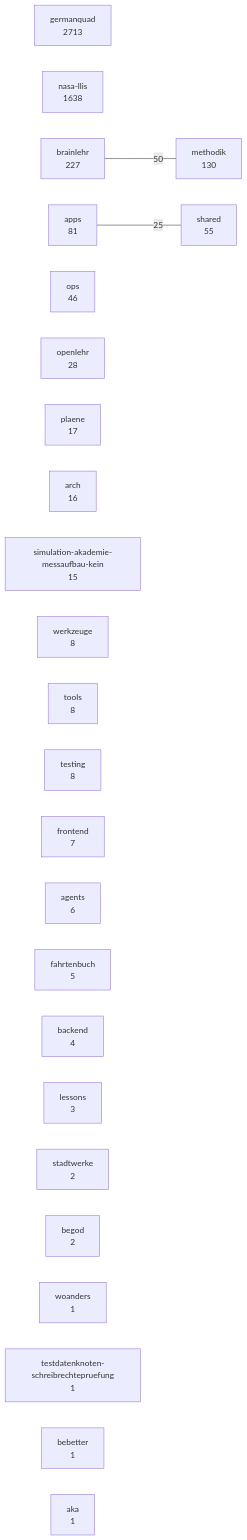
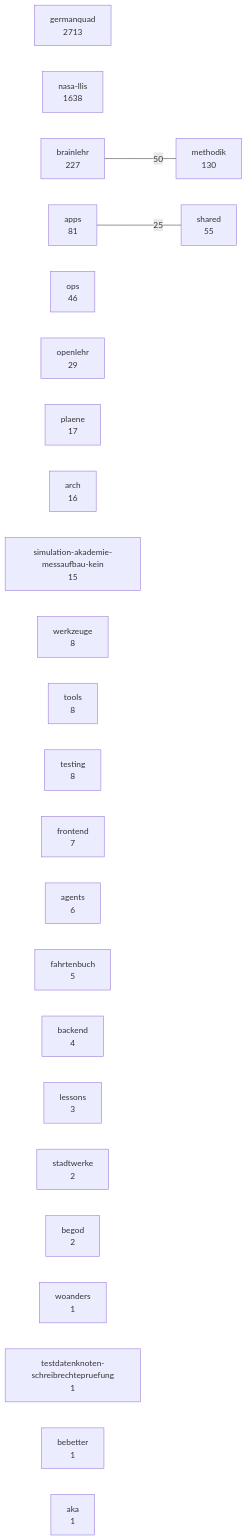
The diagram in docs/karten/bestand.md (3lehr/brainlehr), drawn with Mermaid before and after one commit. The commit also changed 1 other file, not shown here.

Commit message:
chore(karten): Bestandskarte nachgezogen -- Waechter vor dem Push
Zwei Zeilen (je 1 geaendert, git diff --numstat gegengeprueft), erzeugte
Artefakte, kein Produktivcode.
Plan: docs/PLAN_OPENLEHR_EINZELUNTERNEHMER_2026-08-16.md

````diff
--- a/docs/karten/bestand.md
+++ b/docs/karten/bestand.md
@@ -5,30 +5,30 @@
 ```mermaid
 graph LR
   germanquad["germanquad<br/>2713"]
   nasa_llis["nasa-llis<br/>1638"]
   brainlehr["brainlehr<br/>227"]
   methodik["methodik<br/>130"]
   apps["apps<br/>81"]
   shared["shared<br/>55"]
   ops["ops<br/>46"]
-  openlehr["openlehr<br/>28"]
+  openlehr["openlehr<br/>29"]
   plaene["plaene<br/>17"]
   arch["arch<br/>16"]
   simulation_akademie_messaufbau_kein["simulation-akademie-messaufbau-kein<br/>15"]
   werkzeuge["werkzeuge<br/>8"]
   tools["tools<br/>8"]
   testing["testing<br/>8"]
   frontend["frontend<br/>7"]
   agents["agents<br/>6"]
   fahrtenbuch["fahrtenbuch<br/>5"]
   backend["backend<br/>4"]
   lessons["lessons<br/>3"]
   stadtwerke["stadtwerke<br/>2"]
   begod["begod<br/>2"]
   woanders["woanders<br/>1"]
   testdatenknoten_schreibrechtepruefung["testdatenknoten-schreibrechtepruefung<br/>1"]
   bebetter["bebetter<br/>1"]
   aka["aka<br/>1"]
   brainlehr ---|50| methodik
   apps ---|25| shared
 ```
````
